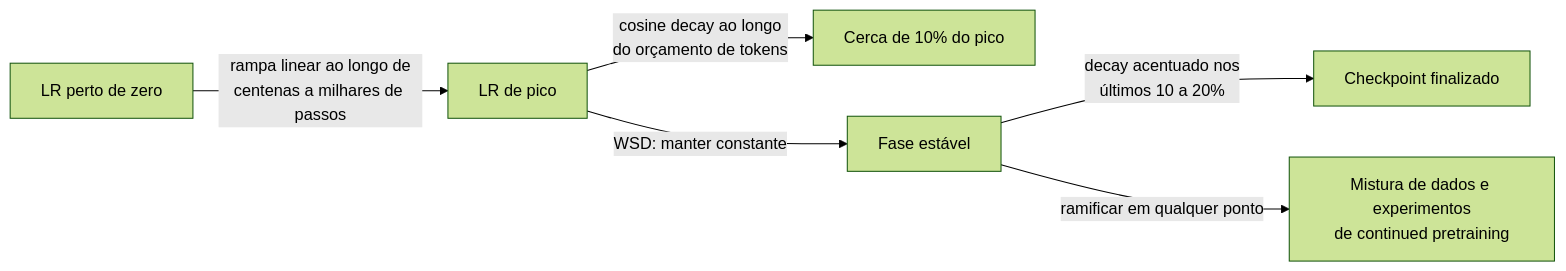
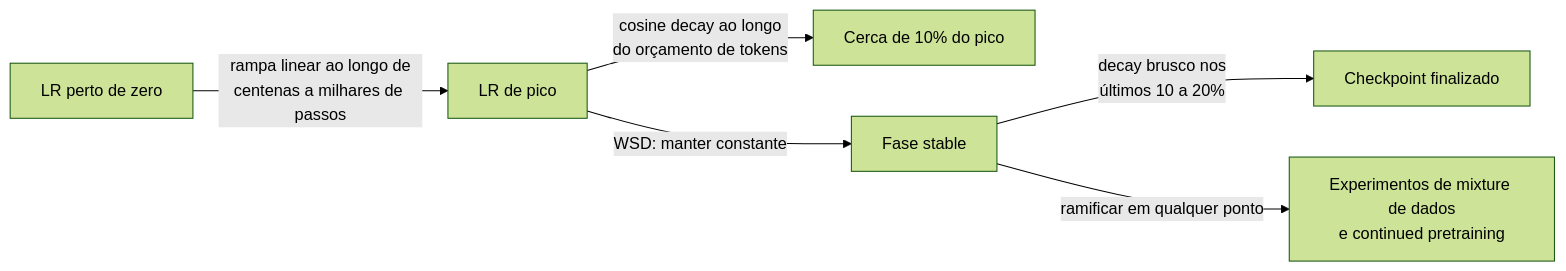
Diagram 13 of 27 in 01-ml-and-dl-foundations/questions.pt-BR.md (andrevberaldo/AI-Engineer-Interview-Questions), drawn with Mermaid (forest theme) before and after one commit. The commit also changed other lines of this file, not shown here.

````diff
--- a/01-ml-and-dl-foundations/questions.pt-BR.md
+++ b/01-ml-and-dl-foundations/questions.pt-BR.md
@@ -614,8 +614,8 @@
 ```mermaid
 flowchart LR
     A["LR perto de zero"] -->|"rampa linear ao longo de<br/>centenas a milhares de passos"| B["LR de pico"]
     B -->|"cosine decay ao longo<br/>do orçamento de tokens"| C["Cerca de 10% do pico"]
-    B -->|"WSD: manter constante"| D["Fase estável"]
-    D -->|"decay acentuado nos<br/>últimos 10 a 20%"| E["Checkpoint finalizado"]
-    D -->|"ramificar em qualquer ponto"| F["Mistura de dados e experimentos<br/>de continued pretraining"]
+    B -->|"WSD: manter constante"| D["Fase stable"]
+    D -->|"decay brusco nos<br/>últimos 10 a 20%"| E["Checkpoint finalizado"]
+    D -->|"ramificar em qualquer ponto"| F["Experimentos de mixture de dados<br/>e continued pretraining"]
 ```
````
